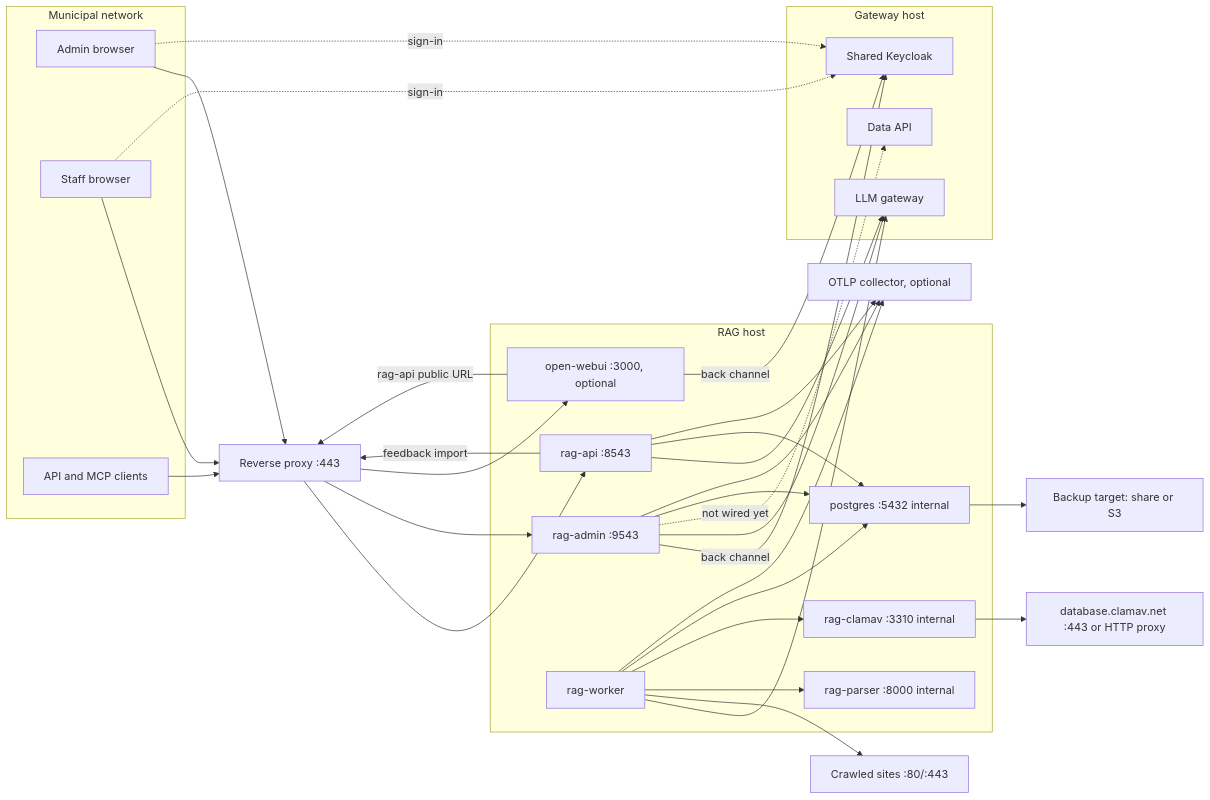
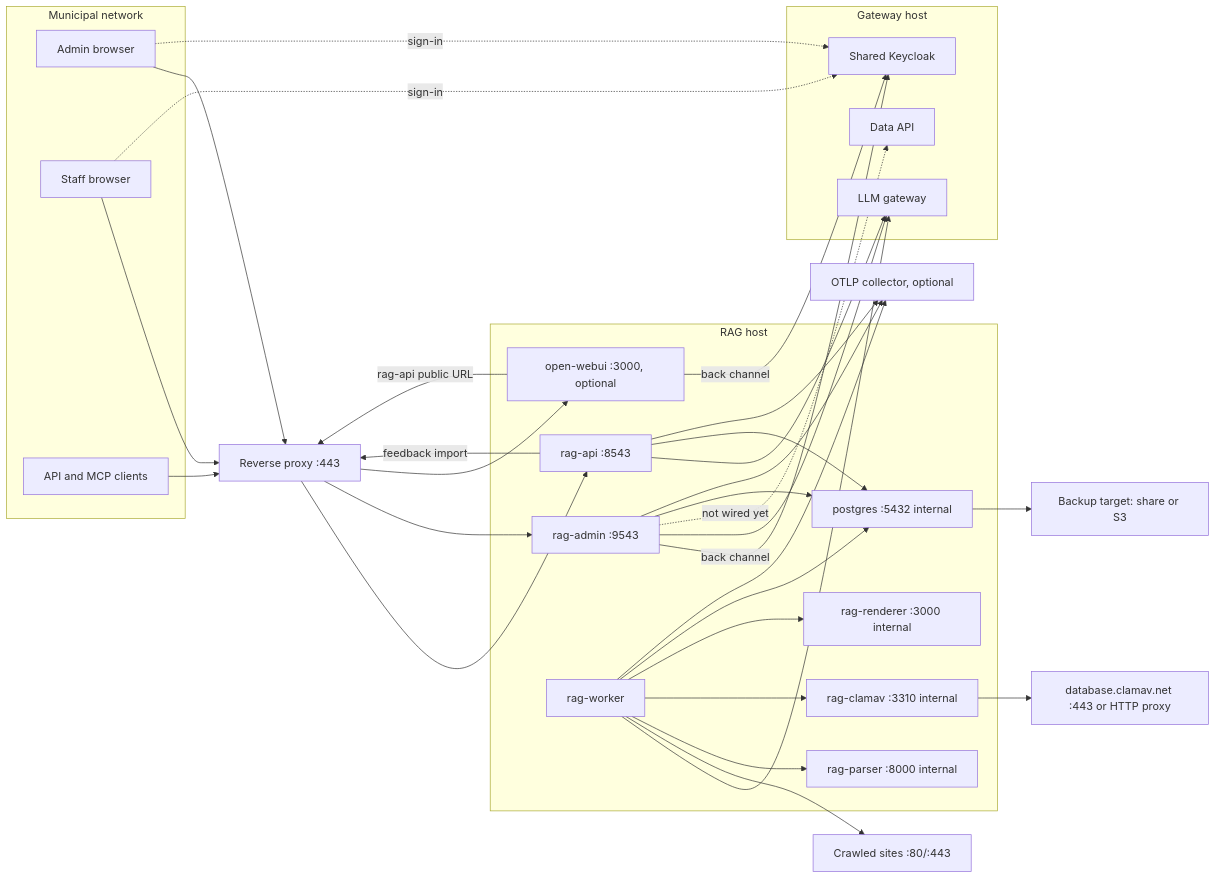
One commit to thekim1/kalla changed the diagram in docs/network-and-ports.md. Above: the diagram before and after it, drawn with Mermaid. The commit also changed other lines of this file and 23 other files, not shown here.

Commit message:
A-10: renderer image and deployment: images/renderer (Playwright 1.64.1 launch-server, Chromium headless shell, sandbox via seccomp, secret ws path, WebRTC off), rag-renderer on the internal render network, firewall, AppHost container, CI image test, release pin, docs

````diff
--- a/docs/network-and-ports.md
+++ b/docs/network-and-ports.md
@@ -34,55 +34,57 @@
 ```mermaid
 flowchart LR
   subgraph clients[Municipal network]
     admin[Admin browser]
     user[Staff browser]
     integ[API and MCP clients]
   end
   proxy[Reverse proxy :443]
   subgraph rag[RAG host]
     api[rag-api :8543]
     adm[rag-admin :9543]
     owui[open-webui :3000, optional]
     worker[rag-worker]
     parser[rag-parser :8000 internal]
     clam[rag-clamav :3310 internal]
+    render[rag-renderer :3000 internal]
     pg[postgres :5432 internal]
   end
   subgraph gwhost[Gateway host]
     gw[LLM gateway]
     dapi[Data API]
     kc[Shared Keycloak]
   end
   sites[Crawled sites :80/:443]
   cvd[database.clamav.net :443 or HTTP proxy]
   bak[Backup target: share or S3]
   otel[OTLP collector, optional]
 
   admin --> proxy
   user --> proxy
   integ --> proxy
   admin -. sign-in .-> kc
   user -. sign-in .-> kc
   proxy --> api
   proxy --> adm
   proxy --> owui
   owui -- rag-api public URL --> proxy
   api -- feedback import --> proxy
   owui -- back channel --> kc
   adm -- back channel --> kc
   api --> gw
   adm --> gw
   worker --> gw
   adm -. not wired yet .-> dapi
   worker --> sites
   worker --> parser
   worker --> clam
+  worker --> render
   api --> pg
   adm --> pg
   worker --> pg
   clam --> cvd
   pg --> bak
   api --> otel
   adm --> otel
   worker --> otel
 ```
````
